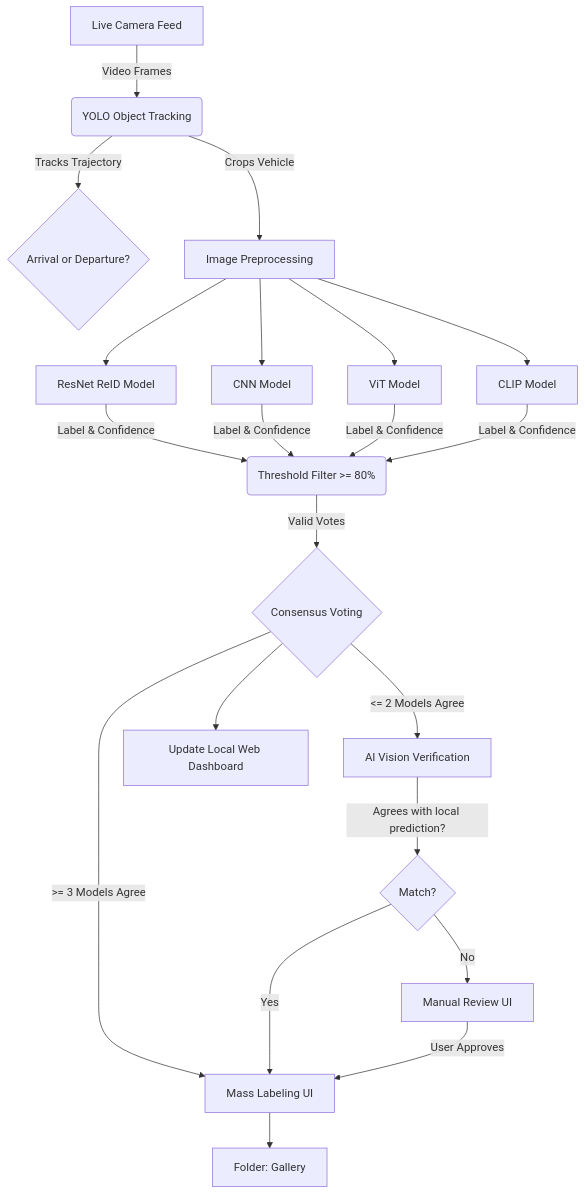
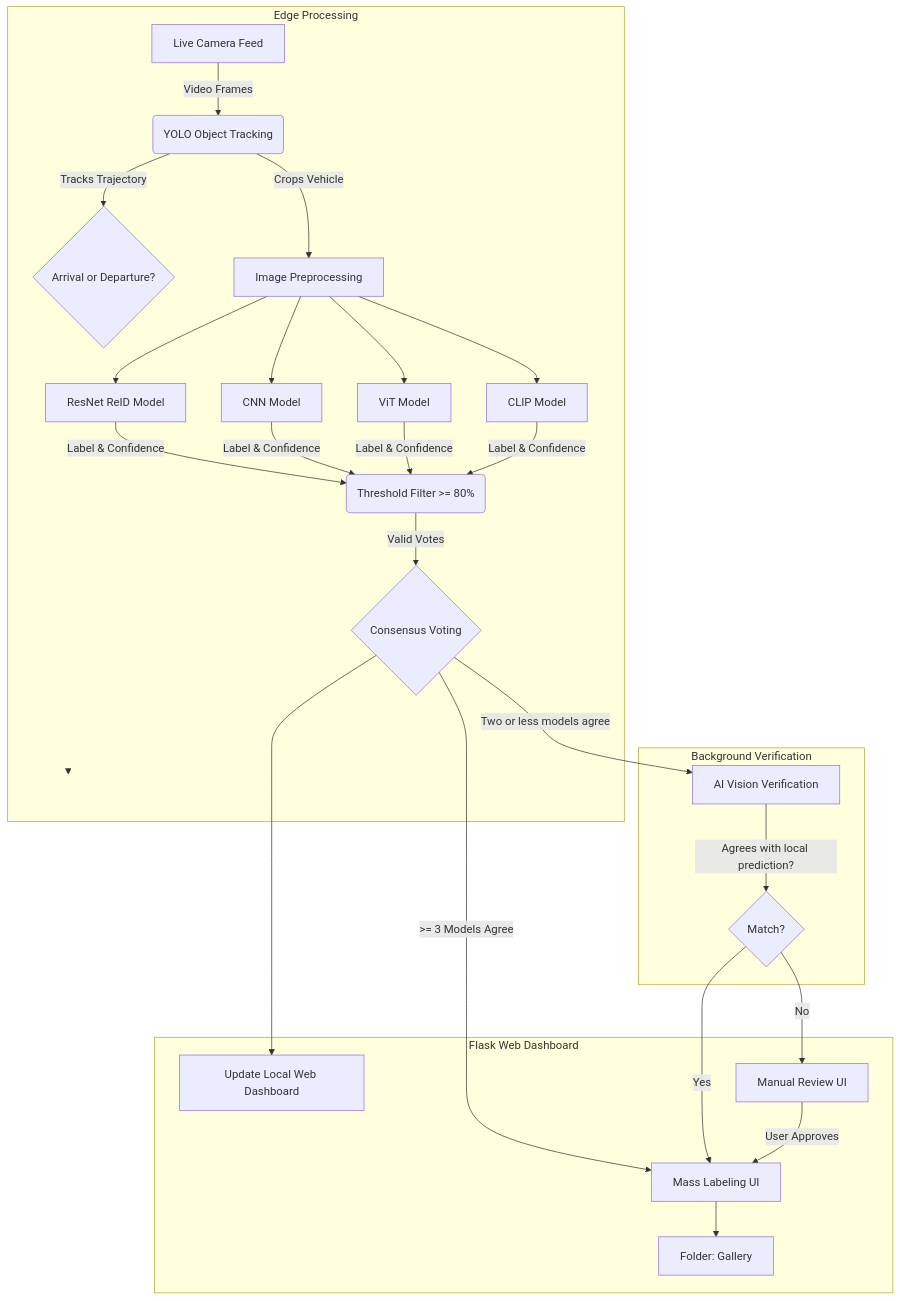
One commit to Nuisey/CaReID changed the diagram in README.md. Above: the diagram before and after it, drawn with Mermaid. The commit also changed other lines of this file, not shown here.

Commit message:
Implement Mermaid ghost node to maintain bounding box width and prevent Dagre crash

````diff
--- a/README.md
+++ b/README.md
@@ -23,35 +23,46 @@
 ```mermaid
 flowchart TD
-    %% cache-buster: v2
+    %% cache-buster: v3
 
-    A[Live Camera Feed] -->|Video Frames| B(YOLO Object Tracking)
-    B -->|Tracks Trajectory| C{Arrival or Departure?}
-    B -->|Crops Vehicle| D[Image Preprocessing]
+    subgraph Edge Processing
+        A[Live Camera Feed] -->|Video Frames| B(YOLO Object Tracking)
+        B -->|Tracks Trajectory| C{Arrival or Departure?}
+        B -->|Crops Vehicle| D[Image Preprocessing]
+  
+        D --> E[ResNet ReID Model]
+        D --> F[CNN Model]
+        D --> G[ViT Model]
+        D --> H[CLIP Model]
+  
+        E & F & G & H -->|Label & Confidence| I(Threshold Filter >= 80%)
+        I -->|Valid Votes| J{Consensus Voting}
+        
+        M["                                         "]
+        style M fill:none,stroke:none,color:none
+    end
 
-    D --> E[ResNet ReID Model]
-    D --> F[CNN Model]
-    D --> G[ViT Model]
-    D --> H[CLIP Model]
-
-    E & F & G & H -->|Label & Confidence| I(Threshold Filter >= 80%)
-    I -->|Valid Votes| J{Consensus Voting}
-    
-    P[AI Vision Verification]
-    Q{Match?}
-
-    O[Update Local Web Dashboard]
-    R[Manual Review UI]
-    S[Mass Labeling UI]
-    T[Folder: Gallery]
+    subgraph Background Verification
+        P[AI Vision Verification]
+        Q{Match?}
+    end
+  
+    subgraph Flask Web Dashboard
+        O[Update Local Web Dashboard]
+        R[Manual Review UI]
+        S[Mass Labeling UI]
+        T[Folder: Gallery]
+    end
 
     J -- ">= 3 Models Agree" --> S
-    J -- "<= 2 Models Agree" --> P
+    J -- "Two or less models agree" --> P
+    J -- " " --> M
+    linkStyle 14 stroke-width:0px,color:none;
     
     P -->|Agrees with local prediction?| Q
     Q -- Yes --> S
     
     J --> O
     Q -- No --> R
     R -- User Approves --> S
     S --> T
 ```
````
